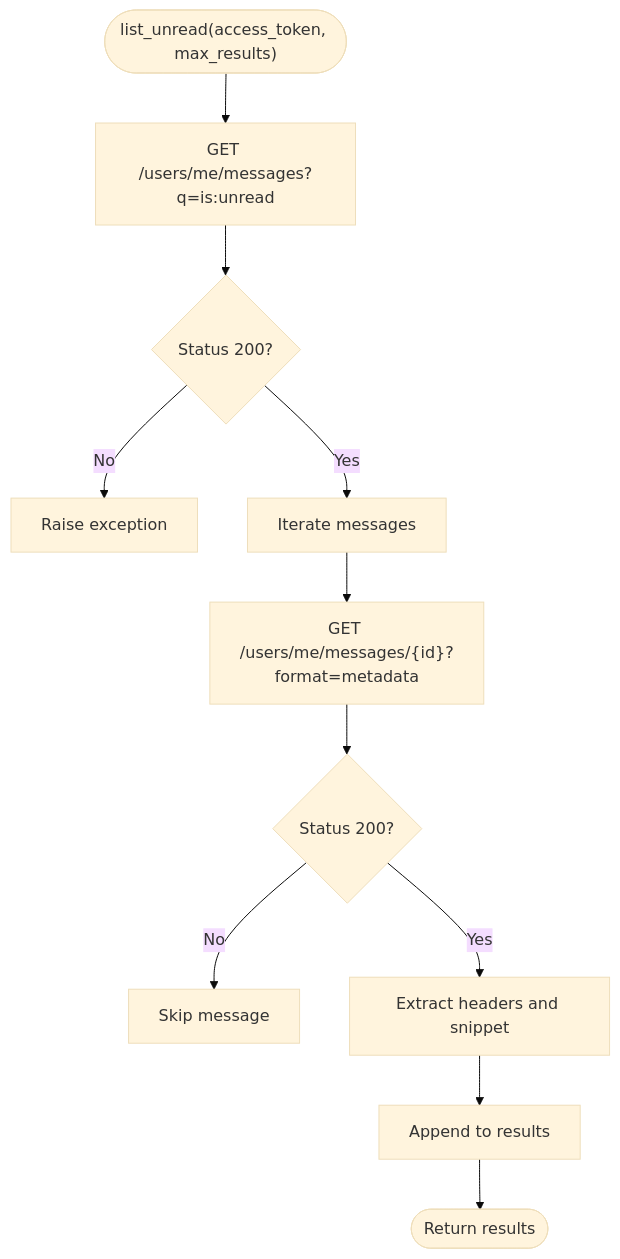
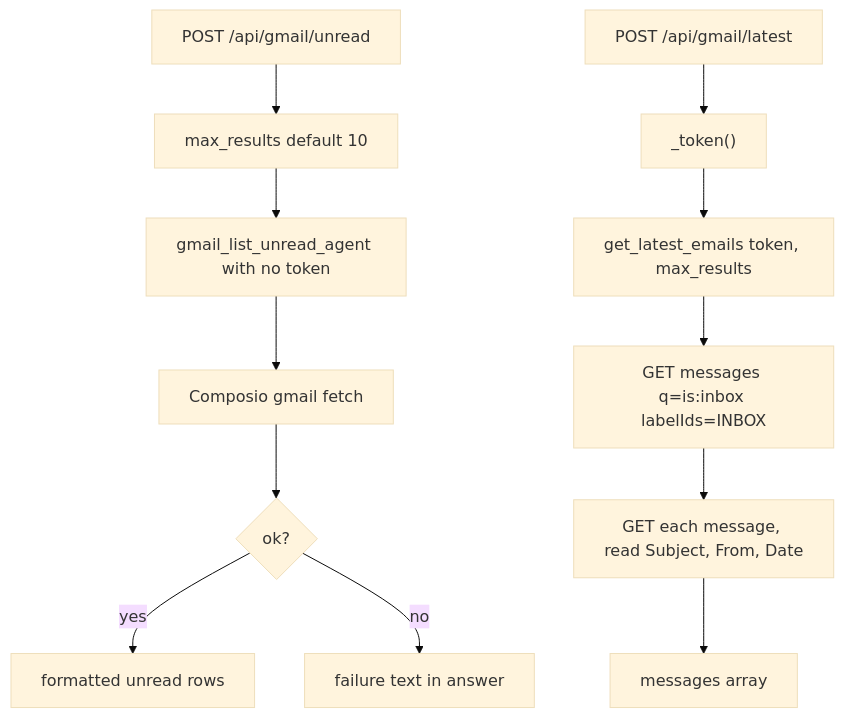
One commit to tashifkhan/tashif.codes changed the third of 6 diagrams in src/data/docs/agentic-browser/Service Integrations/Gmail Integration.md. Above: the diagram before and after it, drawn with Mermaid (base theme). The commit also changed other lines of this file and 114 other files, not shown here.

````diff
--- a/src/data/docs/agentic-browser/Service Integrations/Gmail Integration.md
+++ b/src/data/docs/agentic-browser/Service Integrations/Gmail Integration.md
@@ -119,13 +104,14 @@
 ```mermaid
 flowchart TD
-Start(["list_unread(access_token, max_results)"]) --> Q["GET /users/me/messages?q=is:unread"]
-Q --> ParseResp{"Status 200?"}
-ParseResp --> |No| RaiseErr["Raise exception"]
-ParseResp --> |Yes| Iterate["Iterate messages"]
-Iterate --> GetMsg["GET /users/me/messages/{id}?format=metadata"]
-GetMsg --> MsgResp{"Status 200?"}
-MsgResp --> |No| Skip["Skip message"]
-MsgResp --> |Yes| Extract["Extract headers and snippet"]
-Extract --> Collect["Append to results"]
-Collect --> Done(["Return results"])
+  A["POST /api/gmail/unread"] --> B["max_results default 10"]
+  B --> C["gmail_list_unread_agent with no token"]
+  C --> D["Composio gmail fetch"]
+  D --> E{"ok?"}
+  E -- yes --> F["formatted unread rows"]
+  E -- no --> G["failure text in answer"]
+  H["POST /api/gmail/latest"] --> I["_token()"]
+  I --> J["get_latest_emails token, max_results"]
+  J --> K["GET messages q=is:inbox labelIds=INBOX"]
+  K --> L["GET each message, read Subject, From, Date"]
+  L --> M["messages array"]
 ```
````
